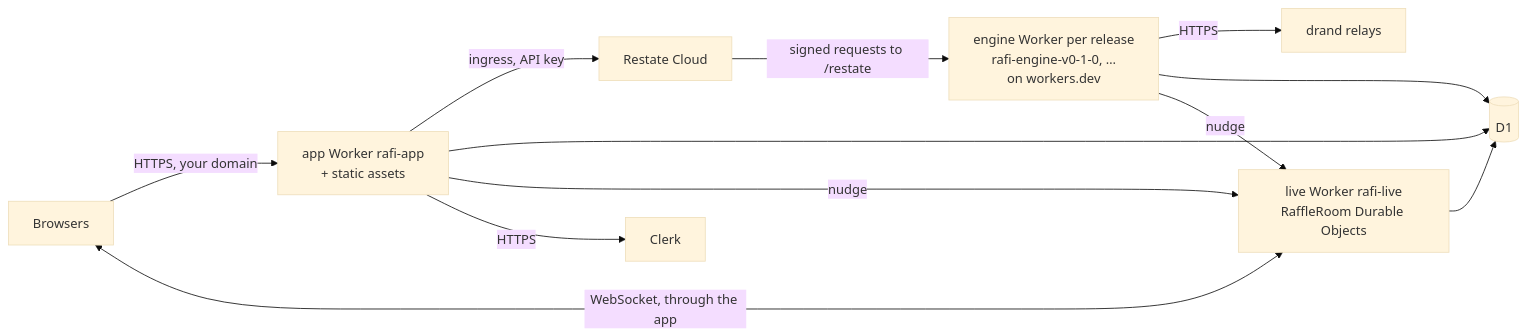
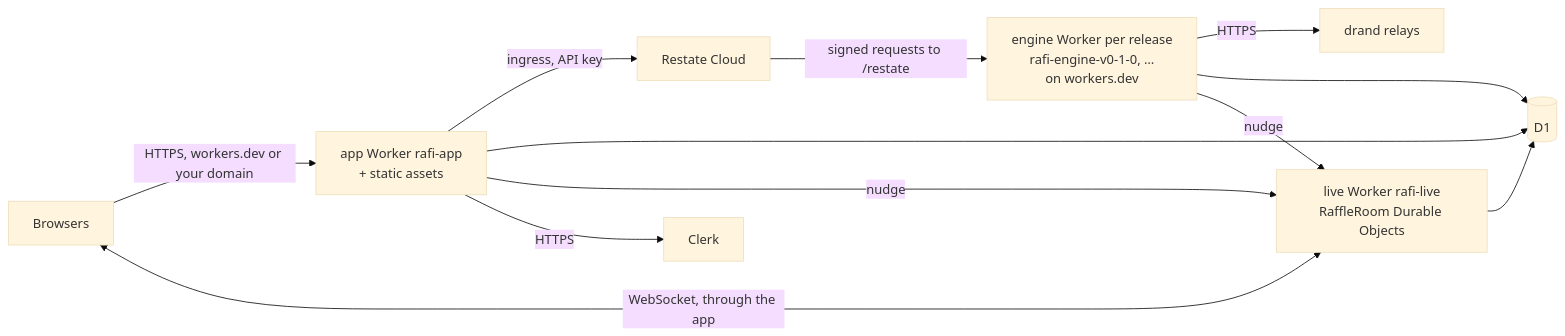
Before and after one commit to sagikazarmark/rafi.orig: the second of 2 diagrams in docs/operations/overview.md, drawn with Mermaid (base theme). The commit also changed other lines of this file and 15 other files, not shown here.

````diff
--- a/docs/operations/overview.md
+++ b/docs/operations/overview.md
@@ -43,14 +43,14 @@
 ```mermaid
 flowchart LR
-    users[Browsers] -->|HTTPS, your domain| app[app Worker rafi-app<br/>+ static assets]
+    users[Browsers] -->|HTTPS, workers.dev or your domain| app[app Worker rafi-app<br/>+ static assets]
     users <-->|WebSocket, through the app| room[live Worker rafi-live<br/>RaffleRoom Durable Objects]
     app -->|ingress, API key| rc[Restate Cloud]
     rc -->|signed requests to /restate| engine[engine Worker per release<br/>rafi-engine-v0-1-0, …<br/>on workers.dev]
     engine -->|HTTPS| drand[drand relays]
     app --> d1[(D1)]
     engine --> d1
     room --> d1
     app -->|nudge| room
     engine -->|nudge| room
     app -->|HTTPS| clerk[Clerk]
 ```
````
